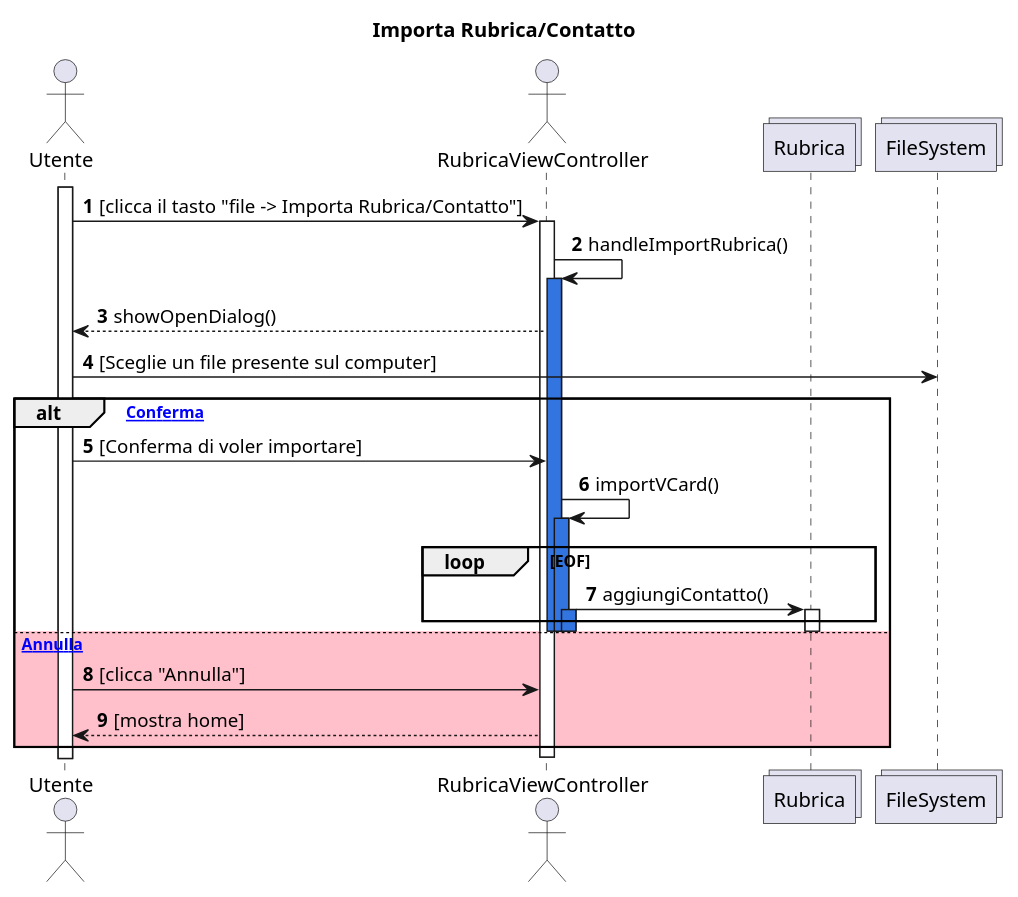
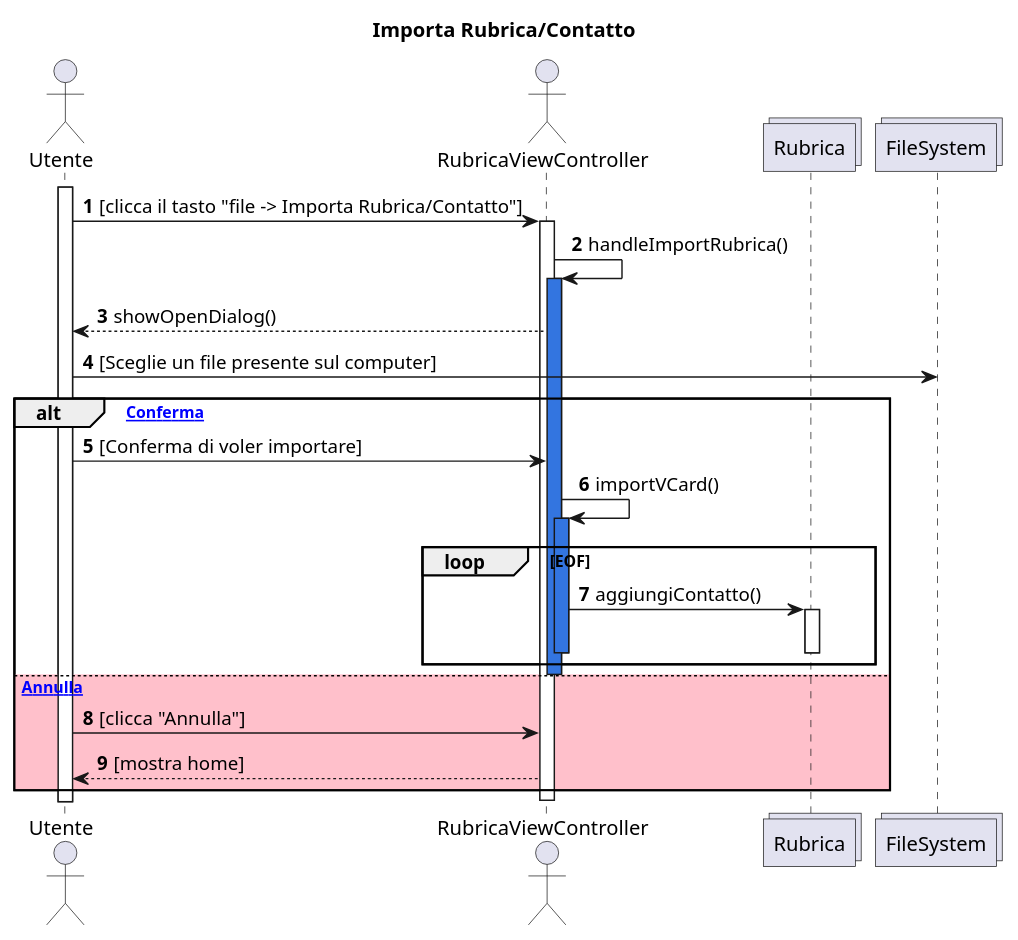
Before and after one commit to emanueletocci/uni-swe-project: the diagram in docs/bozze/Diagrammi/Sequenza3/Import.puml, drawn with PlantUML. The commit also changed 23 other files, not shown here.

Commit message:
Aggiornamento diagrammi uml

```diff
--- a/docs/bozze/Diagrammi/Sequenza3/Import.puml
+++ b/docs/bozze/Diagrammi/Sequenza3/Import.puml
@@ -1,37 +1,35 @@
-@startuml
+@startuml Import
   title Importa Rubrica/Contatto
   autonumber
   
   actor Utente
   actor RubricaViewController
   collections Rubrica
   collections FileSystem
   
   activate Utente
     Utente->RubricaViewController:[clicca il tasto "file -> Importa Rubrica/Contatto"]
     activate RubricaViewController
     RubricaViewController -> RubricaViewController : handleImportRubrica()
     activate RubricaViewController #3375E0
     RubricaViewController --> Utente : showOpenDialog()
     Utente -> FileSystem : [Sceglie un file presente sul computer] 
     
     alt [Conferma]
       Utente -> RubricaViewController : [Conferma di voler importare] 
       RubricaViewController -> RubricaViewController : importVCard()
       activate RubricaViewController #3375E0
         loop EOF
             RubricaViewController -> Rubrica : aggiungiContatto()
-            activate RubricaViewController #3375E0
             activate Rubrica
+            deactivate RubricaViewController 
+            deactivate Rubrica
         end
-      deactivate RubricaViewController 
-      deactivate Rubrica
-      deactivate RubricaViewController 
       deactivate RubricaViewController 
 
     else #pink [Annulla]
       Utente -> RubricaViewController : [clicca "Annulla"]
       RubricaViewController --> Utente : [mostra home]
     end
       deactivate RubricaViewController 
 @enduml
```
